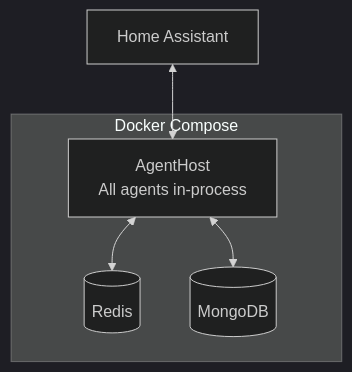
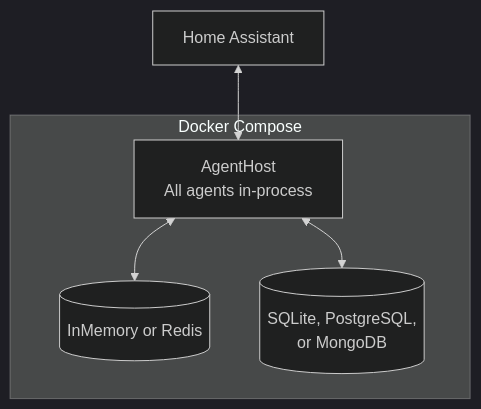
The first of 2 diagrams in docs/architecture/deployment-modes.md (seiggy/lucia.ai), drawn with Mermaid (dark theme) before and after one commit. The commit also changed other lines of this file and 87 other files, not shown here.

````diff
--- a/docs/architecture/deployment-modes.md
+++ b/docs/architecture/deployment-modes.md
@@ -14,12 +14,12 @@
 ```mermaid
 graph TB
     subgraph Docker Compose
         AH[AgentHost<br/>All agents in-process]
-        Redis[(Redis)]
-        Mongo[(MongoDB)]
+        Cache[(InMemory or Redis)]
+        Store[(SQLite, PostgreSQL,<br/>or MongoDB)]
     end
 
     HA[Home Assistant] <--> AH
-    AH <--> Redis
-    AH <--> Mongo
+    AH <--> Cache
+    AH <--> Store
 ```
````
